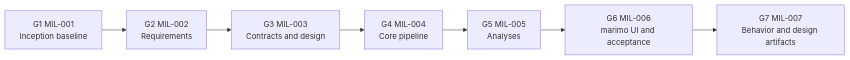
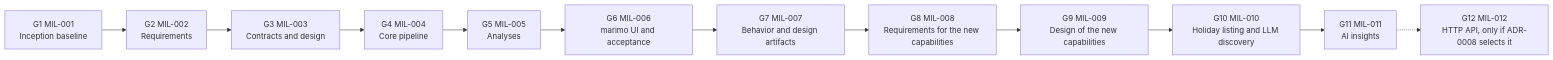
Before and after one commit to NF-Hotel/Notebook_Market_Analysis: the diagram in docs/project-plan.md, drawn with Mermaid. The commit also changed other lines of this file and 7 other files, not shown here.

First line of the commit message:
Plan MIL-008 to MIL-012: holidays, LLM discovery, AI insights, optional API

````diff
--- a/docs/project-plan.md
+++ b/docs/project-plan.md
@@ -50,9 +56,14 @@
 ```mermaid
 flowchart LR
     G1["G1 MIL-001<br/>Inception baseline"] --> G2["G2 MIL-002<br/>Requirements"]
     G2 --> G3["G3 MIL-003<br/>Contracts and design"]
     G3 --> G4["G4 MIL-004<br/>Core pipeline"]
     G4 --> G5["G5 MIL-005<br/>Analyses"]
     G5 --> G6["G6 MIL-006<br/>marimo UI and acceptance"]
     G6 --> G7["G7 MIL-007<br/>Behavior and design artifacts"]
+    G7 --> G8["G8 MIL-008<br/>Requirements for the new capabilities"]
+    G8 --> G9["G9 MIL-009<br/>Design of the new capabilities"]
+    G9 --> G10["G10 MIL-010<br/>Holiday listing and LLM discovery"]
+    G10 --> G11["G11 MIL-011<br/>AI insights"]
+    G11 -.-> G12["G12 MIL-012<br/>HTTP API, only if ADR-0008 selects it"]
 ```
````
